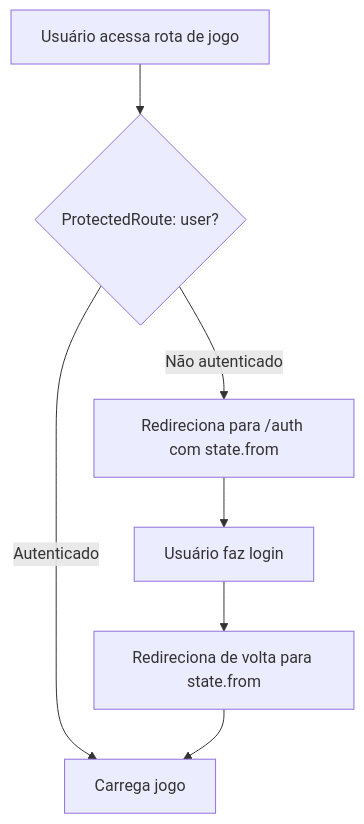
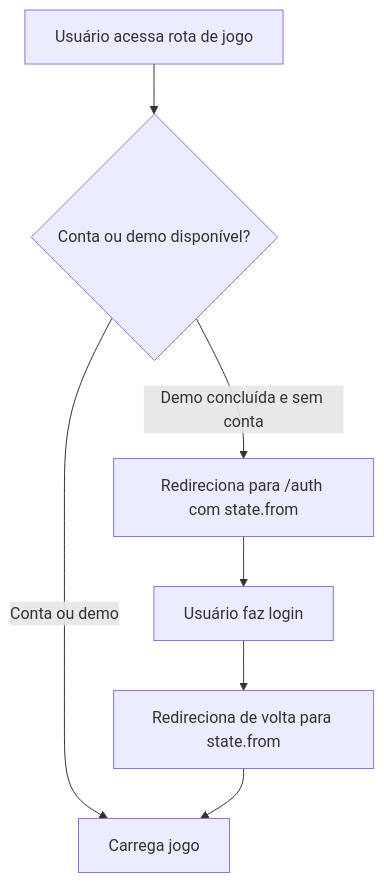
The first of 3 diagrams in docs/GAME_FLOW.md (neigirao/flulegendarium), drawn with Mermaid before and after one commit. The commit also changed other lines of this file, not shown here.

First line of the commit message:
Revise game flow and authentication notes

````diff
--- a/docs/GAME_FLOW.md
+++ b/docs/GAME_FLOW.md
@@ -22,9 +22,9 @@
 ```mermaid
 flowchart TD
-    Start[Usuário acessa rota de jogo] --> Guard{ProtectedRoute: user?}
-    Guard -->|Não autenticado| RedirectAuth[Redireciona para /auth com state.from]
-    Guard -->|Autenticado| LoadGame[Carrega jogo]
+    Start[Usuário acessa rota de jogo] --> Guard{Conta ou demo disponível?}
+    Guard -->|Demo concluída e sem conta| RedirectAuth[Redireciona para /auth com state.from]
+    Guard -->|Conta ou demo| LoadGame[Carrega jogo]
     RedirectAuth --> Login[Usuário faz login]
     Login --> ReturnRoute[Redireciona de volta para state.from]
     ReturnRoute --> LoadGame
 ```
````
